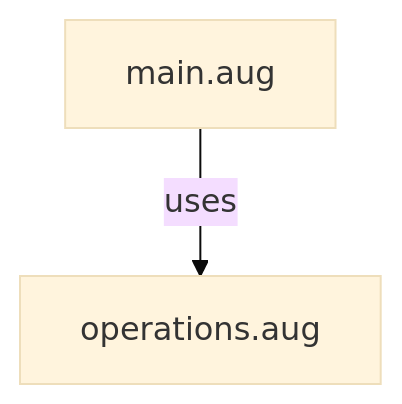
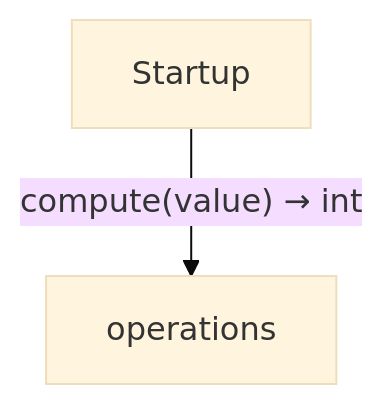
Before and after one commit to GreenPandaStudios/augscript: the diagram in benchmarks/tasks/.aug-spec/diagrams/index.md, drawn with Mermaid (base theme). The commit also changed other lines of this file and 524 other files, not shown here.

Commit message:
Explain checked data flow at folder and service levels

````diff
--- a/benchmarks/tasks/.aug-spec/diagrams/index.md
+++ b/benchmarks/tasks/.aug-spec/diagrams/index.md
@@ -19,6 +9,6 @@
 ```mermaid
 flowchart TD
-    n0["main.aug"]
-    n1["operations.aug"]
-    n0 -->|"uses"| n1
+    n0["Startup"]
+    n1["operations"]
+    n0 -->|"compute(value) → int"| n1
 ```
````
